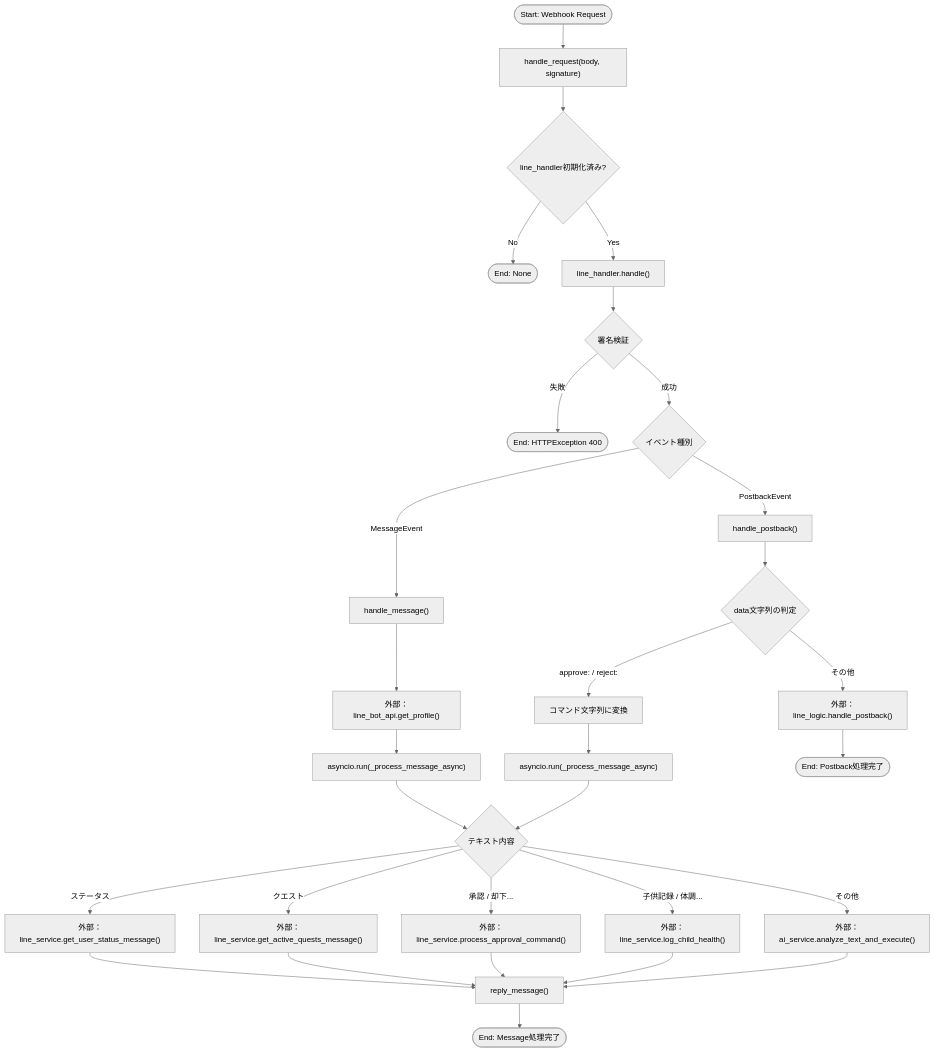
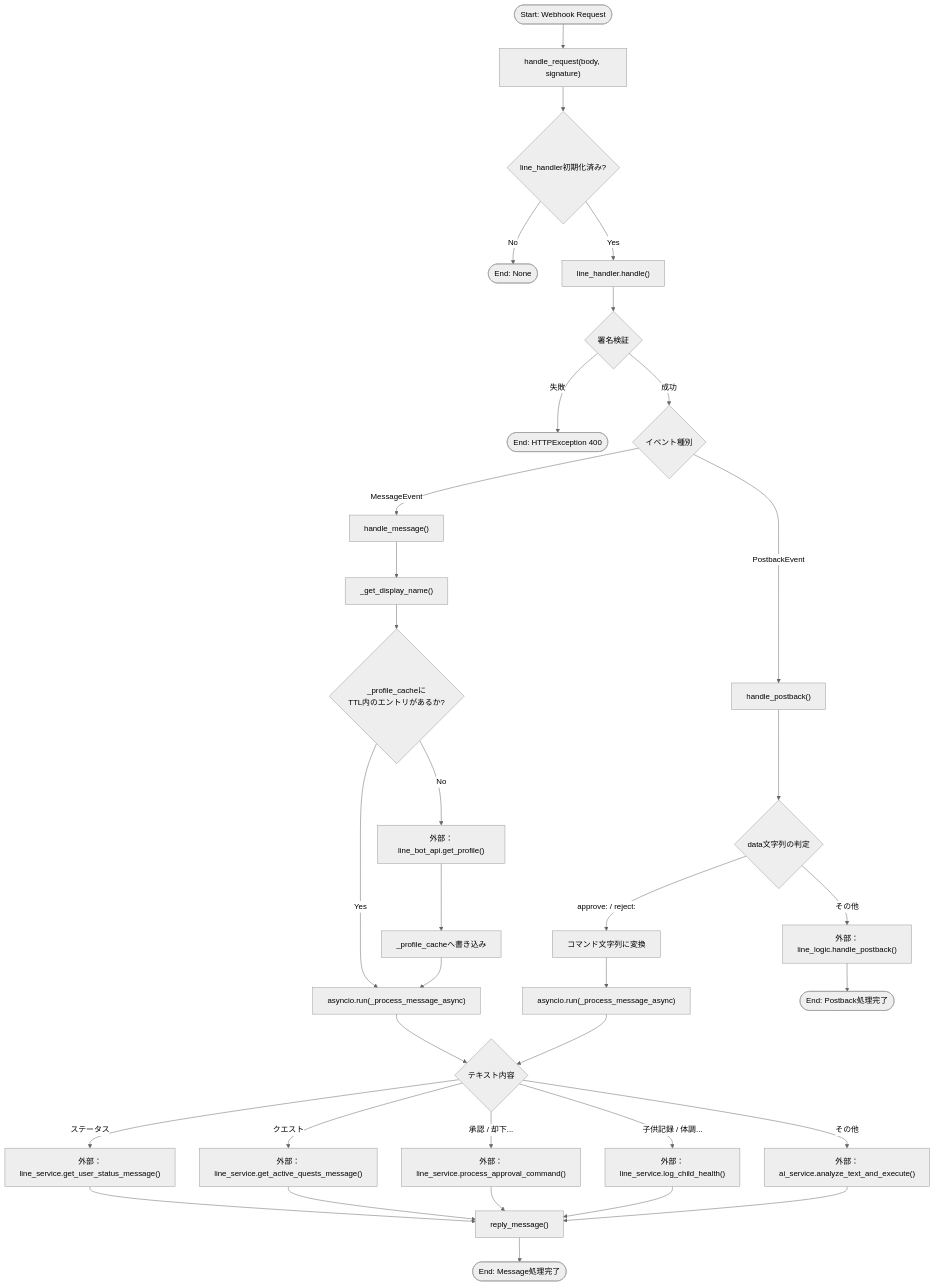
Before and after one commit to mmtigers/my_python_project: the first of 2 diagrams in docs/specifications/MY_HOME_SYSTEM/line_handler.md, drawn with Mermaid (neutral theme). The commit also changed other lines of this file and 8 other files, not shown here.

````diff
--- a/docs/specifications/MY_HOME_SYSTEM/line_handler.md
+++ b/docs/specifications/MY_HOME_SYSTEM/line_handler.md
@@ -180,40 +204,44 @@
 ```mermaid
 flowchart TD
     Start([Start: Webhook Request]) --> HandleRequest["handle_request(body, signature)"]
     HandleRequest --> Verify{line_handler初期化済み?}
     Verify -- No --> End([End: None])
     Verify -- Yes --> HandleBody["line_handler.handle()"]
     
     HandleBody --> CheckSig{署名検証}
     CheckSig -- 失敗 --> Throw400([End: HTTPException 400])
     CheckSig -- 成功 --> RouteEvent{イベント種別}
     
     RouteEvent -- MessageEvent --> HandleMsg["handle_message()"]
-    HandleMsg --> GetProfile["外部：line_bot_api.get_profile()"]
-    GetProfile --> RunAsyncMessage["asyncio.run(_process_message_async)"]
+    HandleMsg --> GetDisplayName["_get_display_name()"]
+    GetDisplayName --> CacheHit{"_profile_cacheに<br>TTL内のエントリがあるか?"}
+    CacheHit -- Yes --> RunAsyncMessage["asyncio.run(_process_message_async)"]
+    CacheHit -- No --> GetProfile["外部：line_bot_api.get_profile()"]
+    GetProfile --> UpdateCache["_profile_cacheへ書き込み"]
+    UpdateCache --> RunAsyncMessage
     
     RouteEvent -- PostbackEvent --> HandlePostback["handle_postback()"]
     HandlePostback --> PostbackData{data文字列の判定}
     PostbackData -- "approve: / reject:" --> ParseData["コマンド文字列に変換"]
     ParseData --> RunAsyncPostback["asyncio.run(_process_message_async)"]
     PostbackData -- その他 --> LogicPostback["外部：line_logic.handle_postback()"]
     
     RunAsyncMessage --> MsgText{テキスト内容}
     RunAsyncPostback --> MsgText
     
     MsgText -- "ステータス" --> CallStatus["外部：line_service.get_user_status_message()"]
     MsgText -- "クエスト" --> CallQuest["外部：line_service.get_active_quests_message()"]
     MsgText -- "承認 / 却下..." --> CallApprove["外部：line_service.process_approval_command()"]
     MsgText -- "子供記録 / 体調..." --> CallHealth["外部：line_service.log_child_health()"]
     MsgText -- その他 --> CallAI["外部：ai_service.analyze_text_and_execute()"]
     
     CallStatus --> Reply["reply_message()"]
     CallQuest --> Reply
     CallApprove --> Reply
     CallHealth --> Reply
     CallAI --> Reply
     
     LogicPostback --> EndPostback([End: Postback処理完了])
     Reply --> EndMessage([End: Message処理完了])
 
 ```
````
